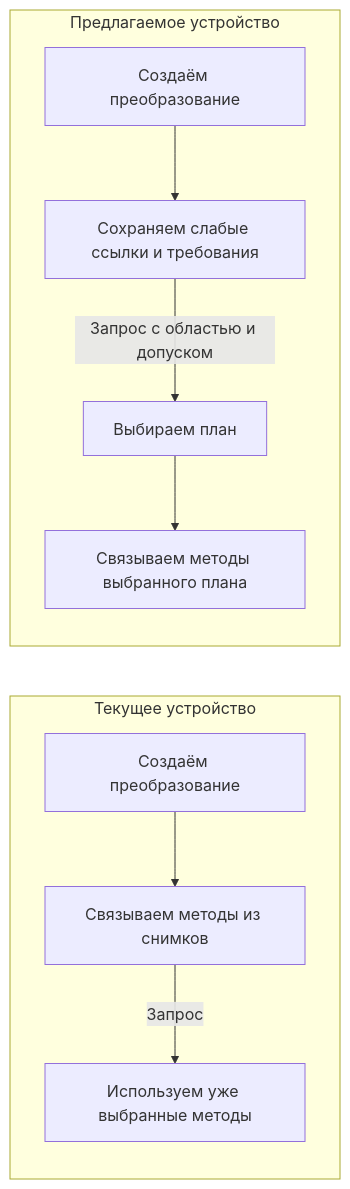
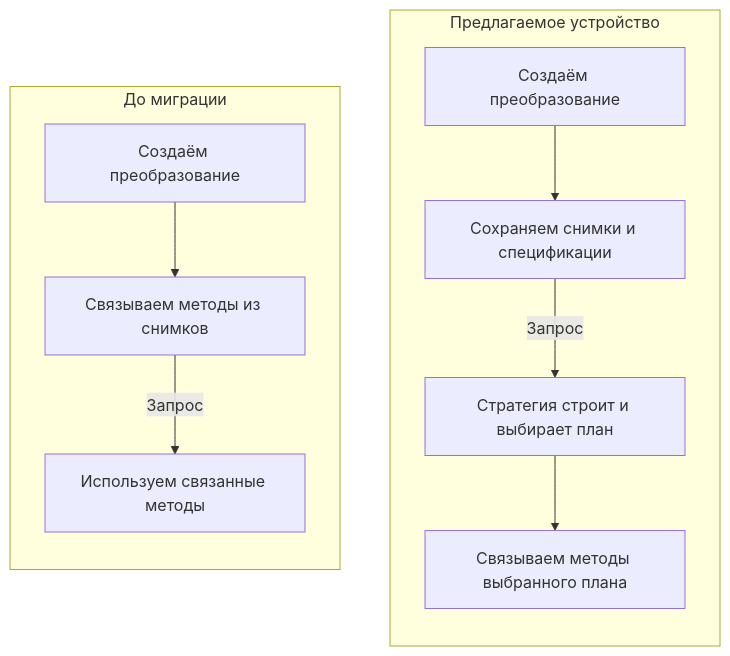
Before and after one commit to siwreienta/pysatl-core-report: the third of 5 diagrams in architecture/ADR-0001-entry-computations.md, drawn with Mermaid. The commit also changed other lines of this file, not shown here.

First line of the commit message:
docs(architecture): update entry computation decision

````diff
--- a/architecture/ADR-0001-entry-computations.md
+++ b/architecture/ADR-0001-entry-computations.md
@@ -80,14 +82,14 @@
 ```mermaid
-flowchart LR
-    subgraph current [Текущее устройство]
+flowchart TB
+    subgraph proposed [Предлагаемое устройство]
+        direction TB
+        new_create["Создаём преобразование"] --> new_keep["Сохраняем снимки и спецификации"]
+        new_keep -->|Запрос| new_plan["Стратегия строит и выбирает план"]
+        new_plan --> new_bind["Связываем методы выбранного плана"]
+    end
+    subgraph current [До миграции]
         direction TB
         old_create["Создаём преобразование"] --> old_bind["Связываем методы из снимков"]
-        old_bind -->|Запрос| old_use["Используем уже выбранные методы"]
-    end
-    subgraph proposed [Предлагаемое устройство]
-        direction TB
-        new_create["Создаём преобразование"] --> new_keep["Сохраняем слабые ссылки и требования"]
-        new_keep -->|Запрос с областью и допуском| new_plan["Выбираем план"]
-        new_plan --> new_bind["Связываем методы выбранного плана"]
+        old_bind -->|Запрос| old_use["Используем связанные методы"]
     end
 ```
````
